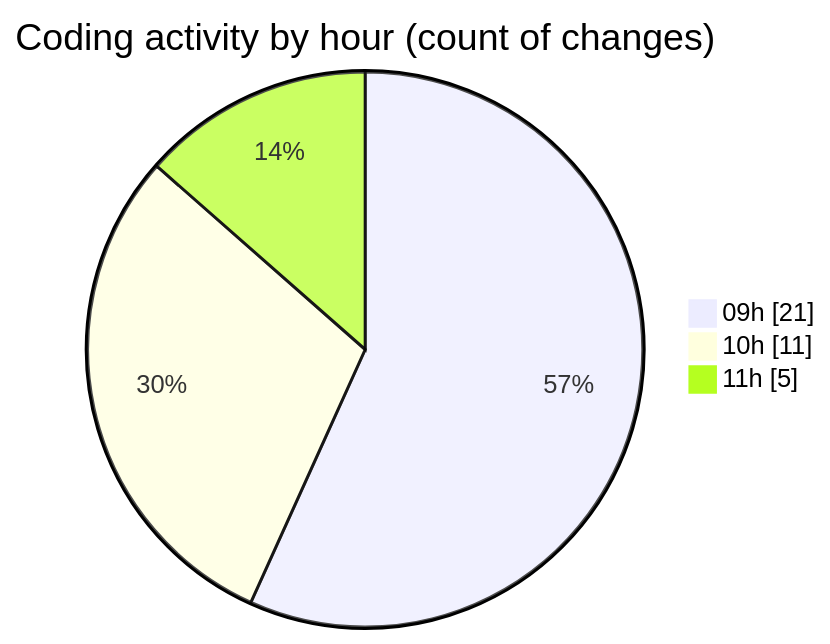
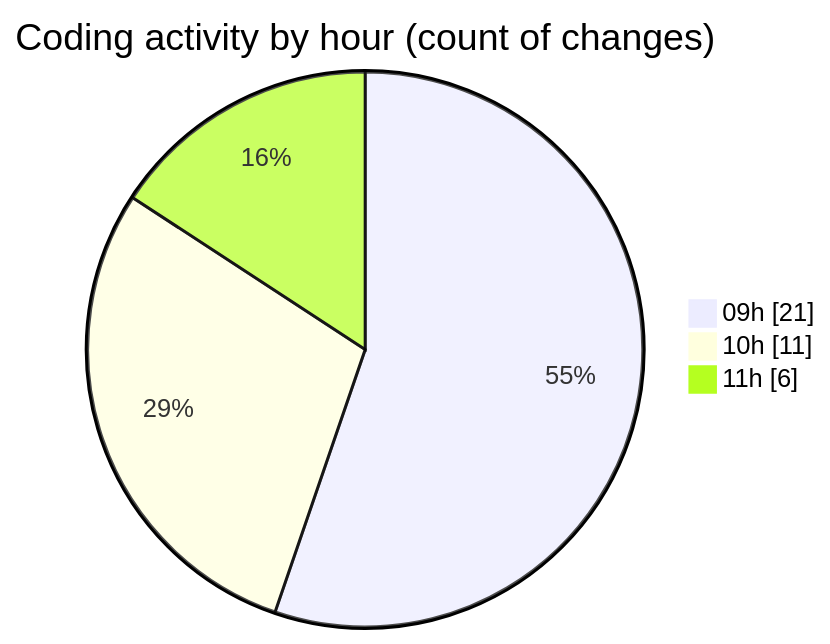
The second of 2 diagrams in 2026-06-01/cda/README.md (momahboobian/code-tracking), drawn with Mermaid before and after one commit. The commit also changed other lines of this file and 1 other file, not shown here.

````diff
--- a/2026-06-01/cda/README.md
+++ b/2026-06-01/cda/README.md
@@ -53,7 +55,7 @@
 ```mermaid
 pie showData
 title Coding activity by hour (count of changes)
 "09h" : 21
 "10h" : 11
-"11h" : 5
+"11h" : 6
 ```
````
